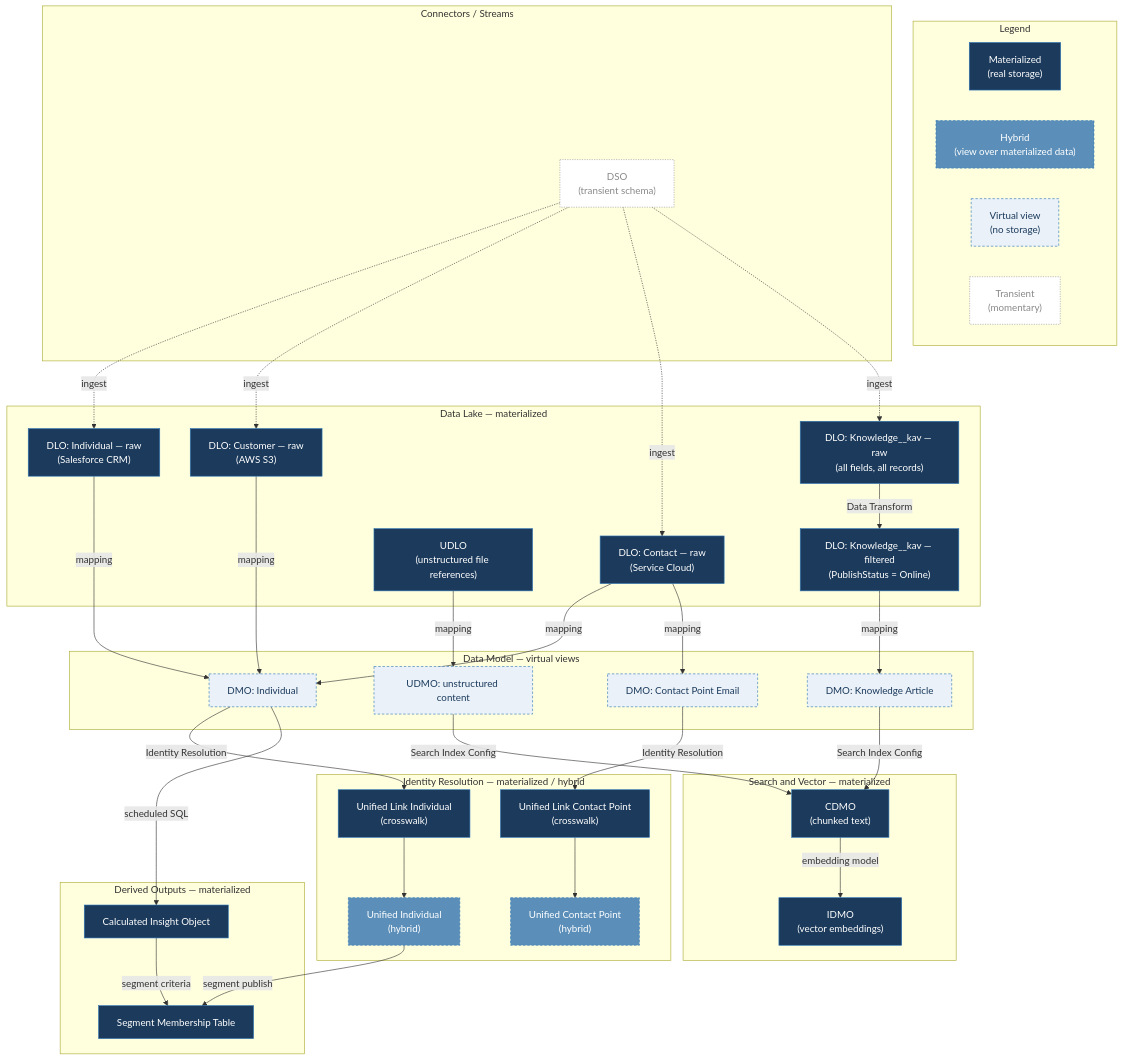
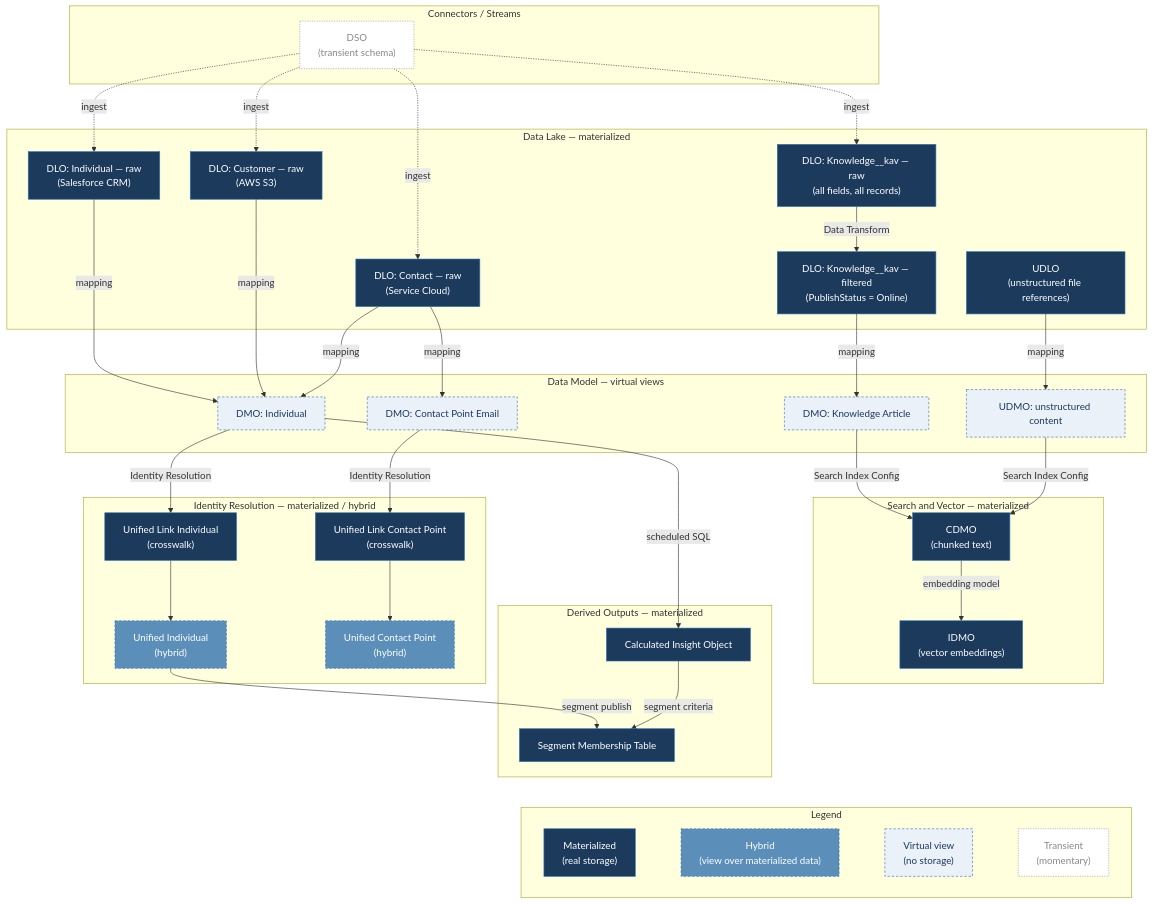
One commit to alcabon/DATA-CLOUD-RAG changed the diagram in diagram.md. Above: the diagram before and after it, drawn with Mermaid.

````diff
--- a/diagram.md
+++ b/diagram.md
@@ -2,13 +2,5 @@
 ```mermaid
 flowchart TB
-
-  subgraph LEGEND[" Legend "]
-    direction LR
-    L1["Materialized<br/>(real storage)"]
-    L2["Hybrid<br/>(view over materialized data)"]
-    L3["Virtual view<br/>(no storage)"]
-    L4["Transient<br/>(momentary)"]
-  end
 
   subgraph SOURCES["Connectors / Streams"]
     DSO["DSO<br/>(transient schema)"]
@@ -47,6 +39,11 @@
     SEG["Segment Membership Table"]
   end
 
+  subgraph LEGEND[" Legend "]
+    direction LR
+    L1["Materialized<br/>(real storage)"] ~~~ L2["Hybrid<br/>(view over materialized data)"] ~~~ L3["Virtual view<br/>(no storage)"] ~~~ L4["Transient<br/>(momentary)"]
+  end
+
   DSO -. ingest .-> DLO_CRM
   DSO -. ingest .-> DLO_S3
   DSO -. ingest .-> DLO_SVC
@@ -73,6 +70,9 @@
   UNIFIED_IND -->|segment publish| SEG
   CIO -->|segment criteria| SEG
 
+  SEG ~~~ LEGEND
+  IDMO ~~~ LEGEND
+
   classDef materialized fill:#1B3A5C,color:#ffffff,stroke:#2E75B6,stroke-width:1px
   classDef hybrid fill:#5B8FB9,color:#ffffff,stroke:#2E75B6,stroke-width:1px,stroke-dasharray: 4 3
   classDef virtual fill:#EAF1F8,color:#1B3A5C,stroke:#2E75B6,stroke-width:1px,stroke-dasharray: 4 3
@@ -86,4 +86,5 @@
   class L2 hybrid
   class L3 virtual
   class L4 transient
+
 ```
````
